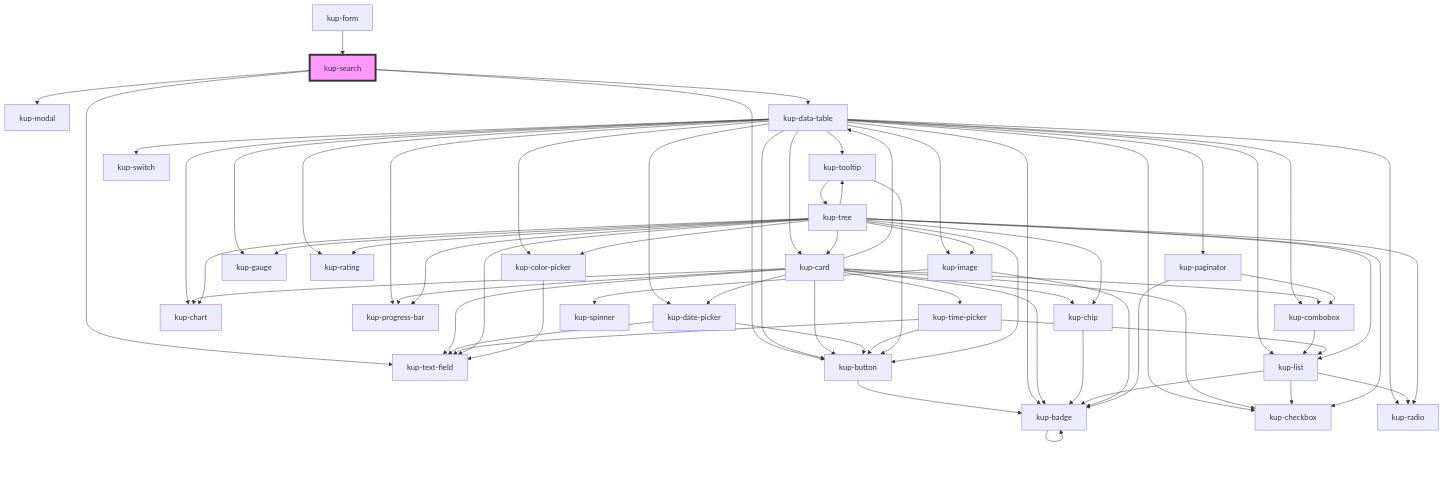
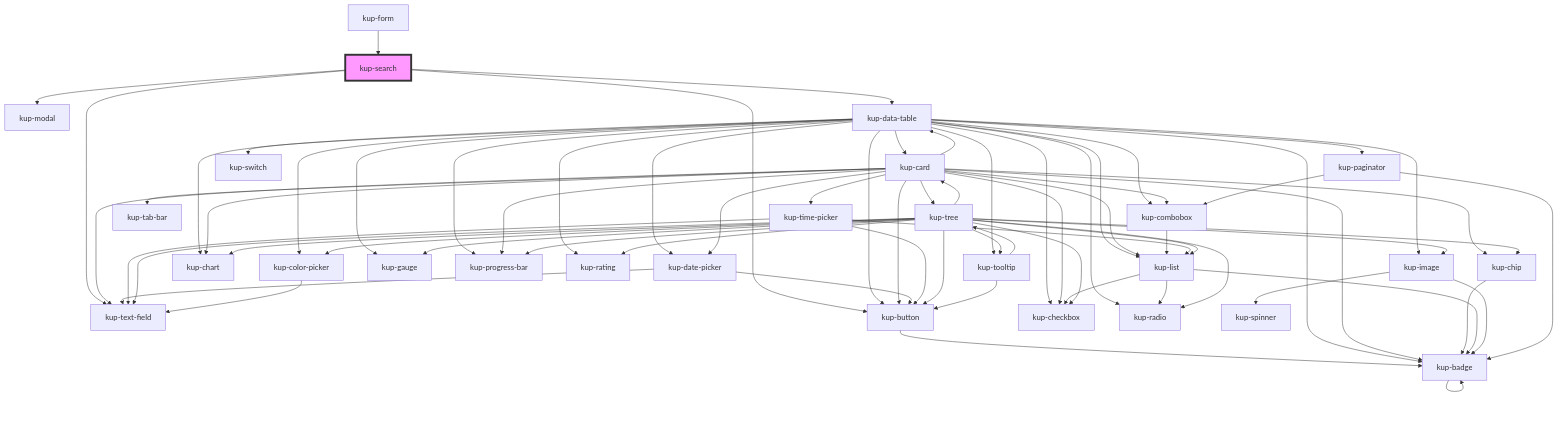
One commit to smeup/ketchup changed the diagram in packages/ketchup/src/components/kup-search/readme.md. Above: the diagram before and after it, drawn with Mermaid. The commit also changed 13 other files, not shown here.

````diff
--- a/packages/ketchup/src/components/kup-search/readme.md
+++ b/packages/ketchup/src/components/kup-search/readme.md
@@ -43,70 +43,73 @@
 ```mermaid
 graph TD;
   kup-search --> kup-text-field
   kup-search --> kup-button
   kup-search --> kup-modal
   kup-search --> kup-data-table
   kup-button --> kup-badge
   kup-badge --> kup-badge
   kup-data-table --> kup-card
   kup-data-table --> kup-checkbox
   kup-data-table --> kup-tooltip
   kup-data-table --> kup-list
   kup-data-table --> kup-date-picker
   kup-data-table --> kup-image
   kup-data-table --> kup-button
   kup-data-table --> kup-chart
   kup-data-table --> kup-color-picker
   kup-data-table --> kup-gauge
   kup-data-table --> kup-progress-bar
   kup-data-table --> kup-rating
   kup-data-table --> kup-radio
   kup-data-table --> kup-paginator
   kup-data-table --> kup-switch
   kup-data-table --> kup-combobox
   kup-data-table --> kup-badge
   kup-card --> kup-chip
   kup-card --> kup-badge
   kup-card --> kup-button
   kup-card --> kup-checkbox
   kup-card --> kup-combobox
   kup-card --> kup-date-picker
   kup-card --> kup-text-field
   kup-card --> kup-time-picker
   kup-card --> kup-data-table
+  kup-card --> kup-list
   kup-card --> kup-progress-bar
   kup-card --> kup-chart
+  kup-card --> kup-tab-bar
+  kup-card --> kup-tree
   kup-chip --> kup-badge
   kup-combobox --> kup-list
   kup-list --> kup-radio
   kup-list --> kup-checkbox
   kup-list --> kup-badge
   kup-date-picker --> kup-text-field
   kup-date-picker --> kup-button
   kup-time-picker --> kup-text-field
   kup-time-picker --> kup-button
   kup-time-picker --> kup-list
-  kup-tooltip --> kup-button
-  kup-tooltip --> kup-tree
   kup-tree --> kup-image
   kup-tree --> kup-button
   kup-tree --> kup-chart
   kup-tree --> kup-checkbox
   kup-tree --> kup-chip
   kup-tree --> kup-color-picker
   kup-tree --> kup-gauge
   kup-tree --> kup-progress-bar
   kup-tree --> kup-rating
   kup-tree --> kup-radio
   kup-tree --> kup-tooltip
   kup-tree --> kup-list
   kup-tree --> kup-text-field
   kup-tree --> kup-card
   kup-image --> kup-spinner
   kup-image --> kup-badge
   kup-color-picker --> kup-text-field
+  kup-tooltip --> kup-button
+  kup-tooltip --> kup-tree
   kup-paginator --> kup-combobox
   kup-paginator --> kup-badge
   kup-form --> kup-search
   style kup-search fill:#f9f,stroke:#333,stroke-width:4px
 ```
````
